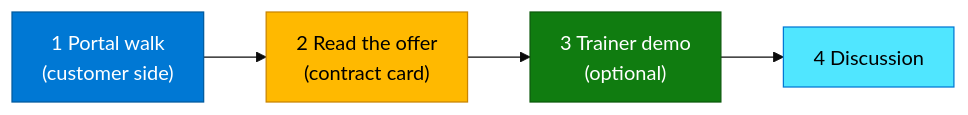
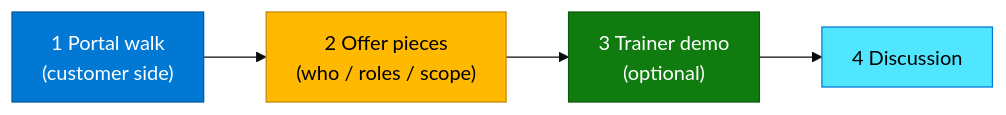
Before and after one commit to atingupta2005/adx-aws-training-aug-26: the diagram in Module_09_Azure_Lighthouse/09_Azure_Lighthouse_Lab.md, drawn with Mermaid. The commit also changed other lines of this file and 3 other files, not shown here.

````diff
--- a/Module_09_Azure_Lighthouse/09_Azure_Lighthouse_Lab.md
+++ b/Module_09_Azure_Lighthouse/09_Azure_Lighthouse_Lab.md
@@ -22,11 +22,11 @@
 ```mermaid
 %%{init: {"theme":"base","flowchart":{"htmlLabels":true,"padding":12}}}%%
 flowchart LR
-  A["1 Portal walk<br/>(customer side)"] --> B["2 Read the offer<br/>(contract card)"]
+  A["1 Portal walk<br/>(customer side)"] --> B["2 Offer pieces<br/>(who / roles / scope)"]
   B --> C["3 Trainer demo<br/>(optional)"]
   C --> D["4 Discussion"]
   style A fill:#0078D4,stroke:#005A9E,color:#fff
   style B fill:#FFB900,stroke:#C98400,color:#000
   style C fill:#107C10,stroke:#0B5A0B,color:#fff
   style D fill:#50e6ff,stroke:#0078D4,color:#000
 ```
````
